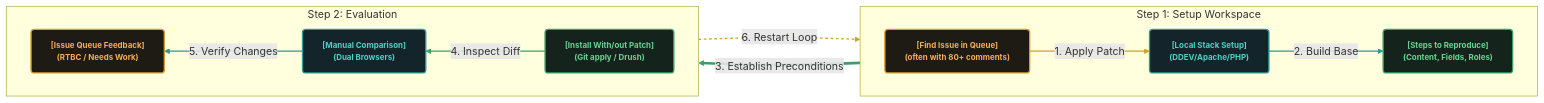
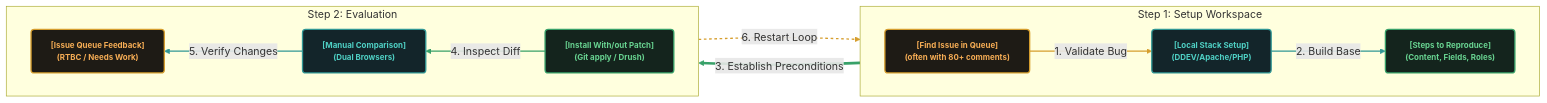
Before and after one commit to mgifford/mermaid-graphs: the first of 2 diagrams in Drupal-issue-queue.md, drawn with Mermaid.

````diff
--- a/Drupal-issue-queue.md
+++ b/Drupal-issue-queue.md
@@ -5,43 +5,43 @@
 ```mermaid
 flowchart LR
     %% Define Global Styles
     classDef phaseBox fill:#1e1b15,stroke:#D69E2E,stroke-width:2px,color:#F6AD55,font-size:12px,font-weight:bold,rx:5px,ry:5px;
     classDef phaseBoxCyan fill:#13252a,stroke:#319795,stroke-width:2px,color:#4FD1C5,font-size:12px,font-weight:bold,rx:5px,ry:5px;
     classDef phaseBoxGreen fill:#14241d,stroke:#38A169,stroke-width:2px,color:#68D391,font-size:12px,font-weight:bold,rx:5px,ry:5px;
 
     %% ROW 1 (Setup Workspace): Left-to-Right Horizontal Group
     subgraph Row1 [Step 1: Setup Workspace]
         direction LR
         Node1["[Find Issue in Queue]<br/>(often with 80+ comments)"]:::phaseBox
         Node2["[Local Stack Setup]<br/>(DDEV/Apache/PHP)"]:::phaseBoxCyan
         Node3["[Steps to Reproduce]<br/>(Content, Fields, Roles)"]:::phaseBoxGreen
 
-        Node1 -->|1. Apply Patch| Node2
+        Node1 -->|1. Validate Bug| Node2
         Node2 -->|2. Build Base| Node3
     end
 
     %% Step down transition between Row 1 and Row 2
     Node3 ==>|3. Establish Preconditions| Node4
 
     %% ROW 2 (Evaluation): Right-to-Left Horizontal Group (reverted to maintain loop)
     subgraph Row2 [Step 2: Evaluation]
         direction RL
         Node6["[Issue Queue Feedback]<br/>(RTBC / Needs Work)"]:::phaseBox
         Node5["[Manual Comparison]<br/>(Dual Browsers)"]:::phaseBoxCyan
         Node4["[Install With/out Patch]<br/>(Git apply / Drush)"]:::phaseBoxGreen
 
         Node4 -->|4. Inspect Diff| Node5
         Node5 -->|5. Verify Changes| Node6
     end
 
     %% Visual feedback loop (Bottom Row back to Top Row)
     Node6 -.->|6. Restart Loop| Node1
 
     %% Styling Connections
     linkStyle 0 stroke:#D69E2E,stroke-width:2px;
     linkStyle 1 stroke:#319795,stroke-width:2px;
     linkStyle 2 stroke:#38A169,stroke-width:4px;
     linkStyle 3 stroke:#38A169,stroke-width:2px;
     linkStyle 4 stroke:#319795,stroke-width:2px;
     linkStyle 5 stroke:#D69E2E,stroke-width:2px,stroke-dasharray: 4 4;
 ```
````
